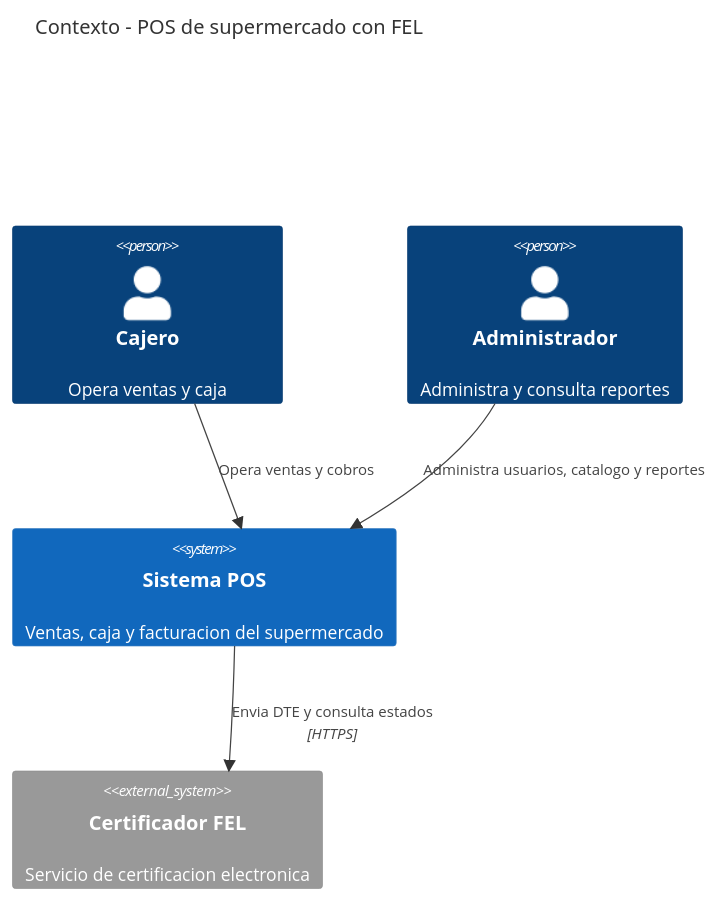
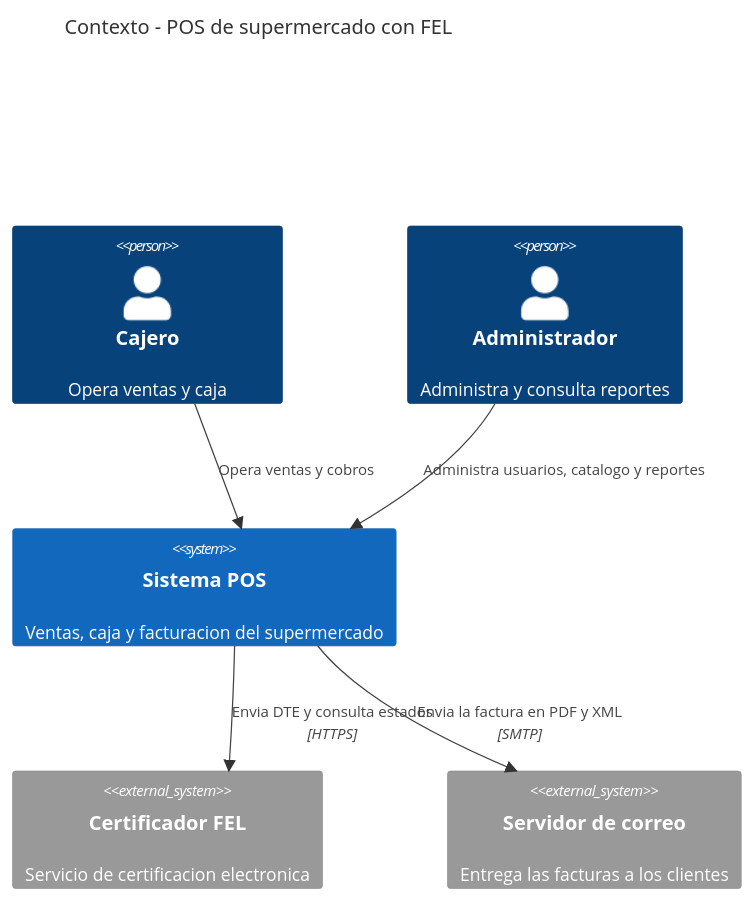
The diagram in docs/arquitectura/c4-contexto.md (Sergio-Dominguez05/pos-supermercado), drawn with Mermaid before and after one commit. The commit also changed 56 other files, not shown here.

First line of the commit message:
feat(facturacion): correo de la factura y envío por correo (HU-05.11, HU-08.15)

````diff
--- a/docs/arquitectura/c4-contexto.md
+++ b/docs/arquitectura/c4-contexto.md
@@ -3,11 +3,13 @@
 ```mermaid
 C4Context
     title Contexto - POS de supermercado con FEL
     Person(cajero, "Cajero", "Opera ventas y caja")
     Person(admin, "Administrador", "Administra y consulta reportes")
     System(pos, "Sistema POS", "Ventas, caja y facturacion del supermercado")
     System_Ext(fel, "Certificador FEL", "Servicio de certificacion electronica")
+    System_Ext(smtp, "Servidor de correo", "Entrega las facturas a los clientes")
     Rel(cajero, pos, "Opera ventas y cobros")
     Rel(admin, pos, "Administra usuarios, catalogo y reportes")
     Rel(pos, fel, "Envia DTE y consulta estados", "HTTPS")
+    Rel(pos, smtp, "Envia la factura en PDF y XML", "SMTP")
 ```
````
